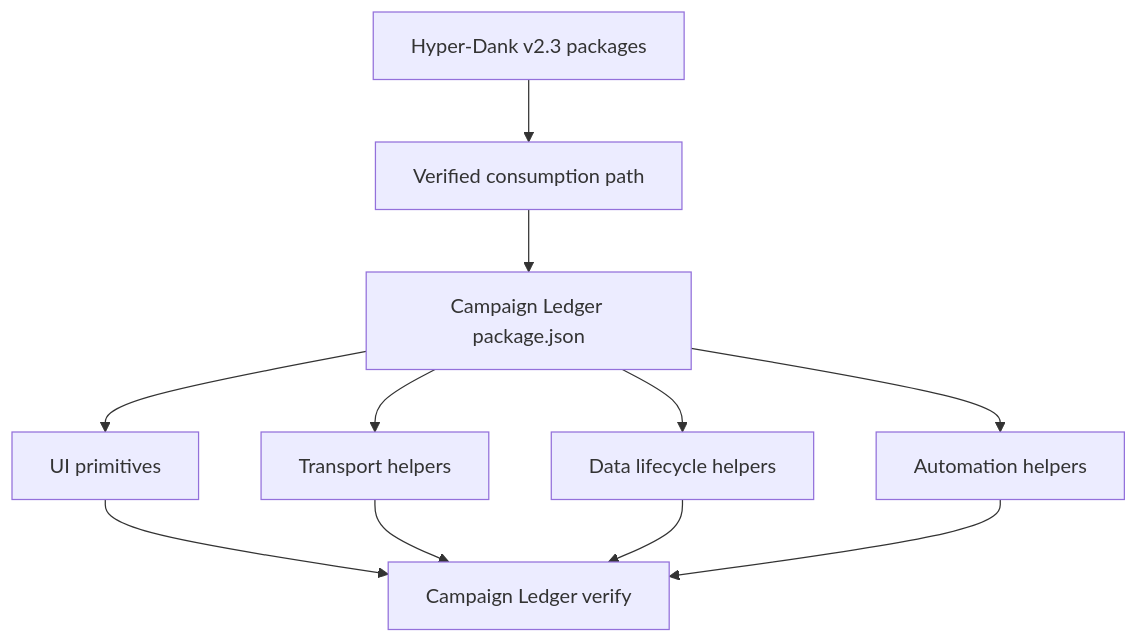
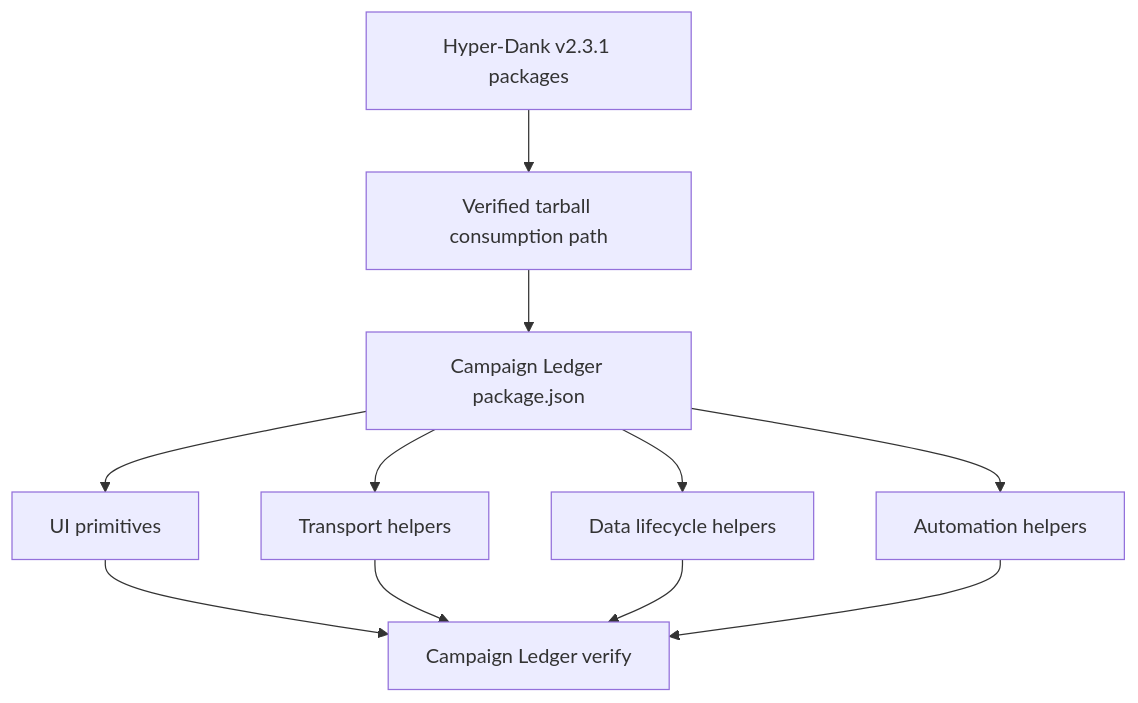
Before and after one commit to Macavitymadcap/character-sheet: the diagram in docs/epics/sheet-0040.md, drawn with Mermaid. The commit also changed other lines of this file and 3 other files, not shown here.

Commit message:
Refresh Hyper-Dank consumption docs

````diff
--- a/docs/epics/sheet-0040.md
+++ b/docs/epics/sheet-0040.md
@@ -95,13 +95,13 @@
 ```mermaid
 flowchart TD
-    A["Hyper-Dank v2.3 packages"] --> B["Verified consumption path"]
+    A["Hyper-Dank v2.3.1 packages"] --> B["Verified tarball consumption path"]
     B --> C["Campaign Ledger package.json"]
     C --> D["UI primitives"]
     C --> E["Transport helpers"]
     C --> F["Data lifecycle helpers"]
     C --> G["Automation helpers"]
     D --> H["Campaign Ledger verify"]
     E --> H
     F --> H
     G --> H
 ```
````
